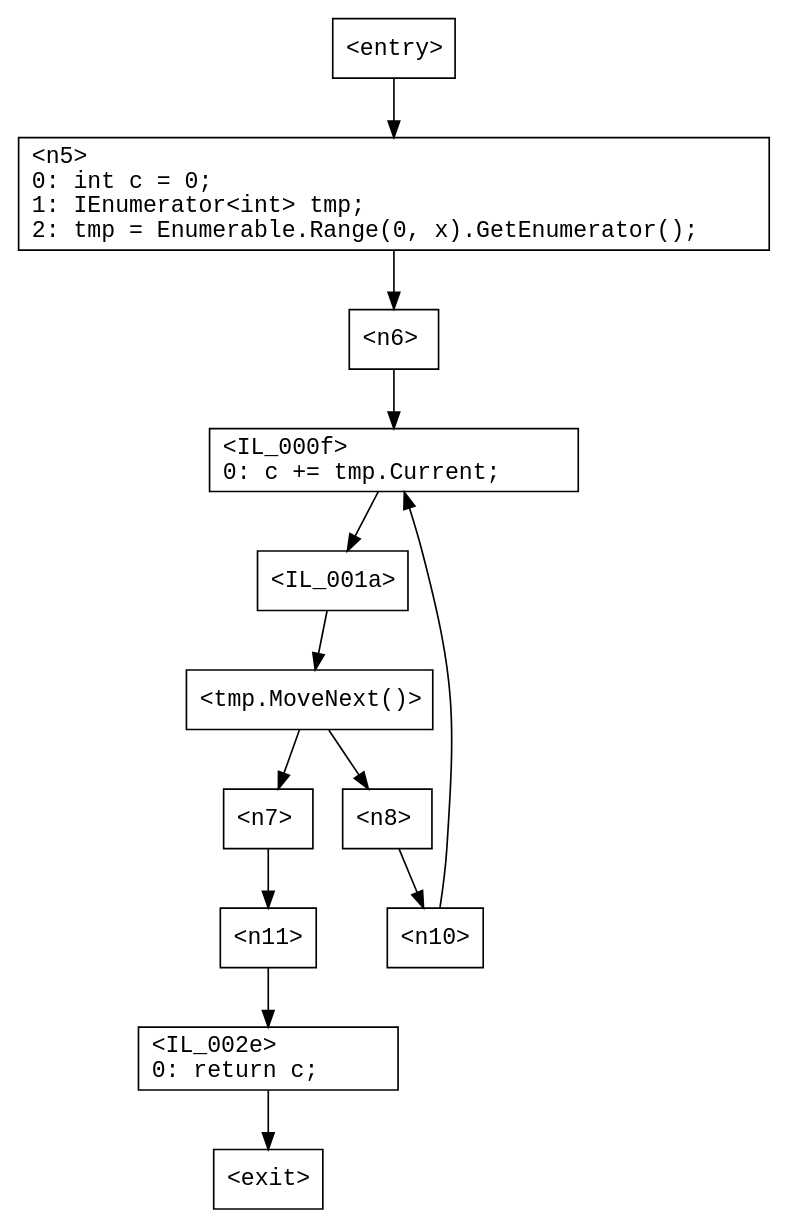
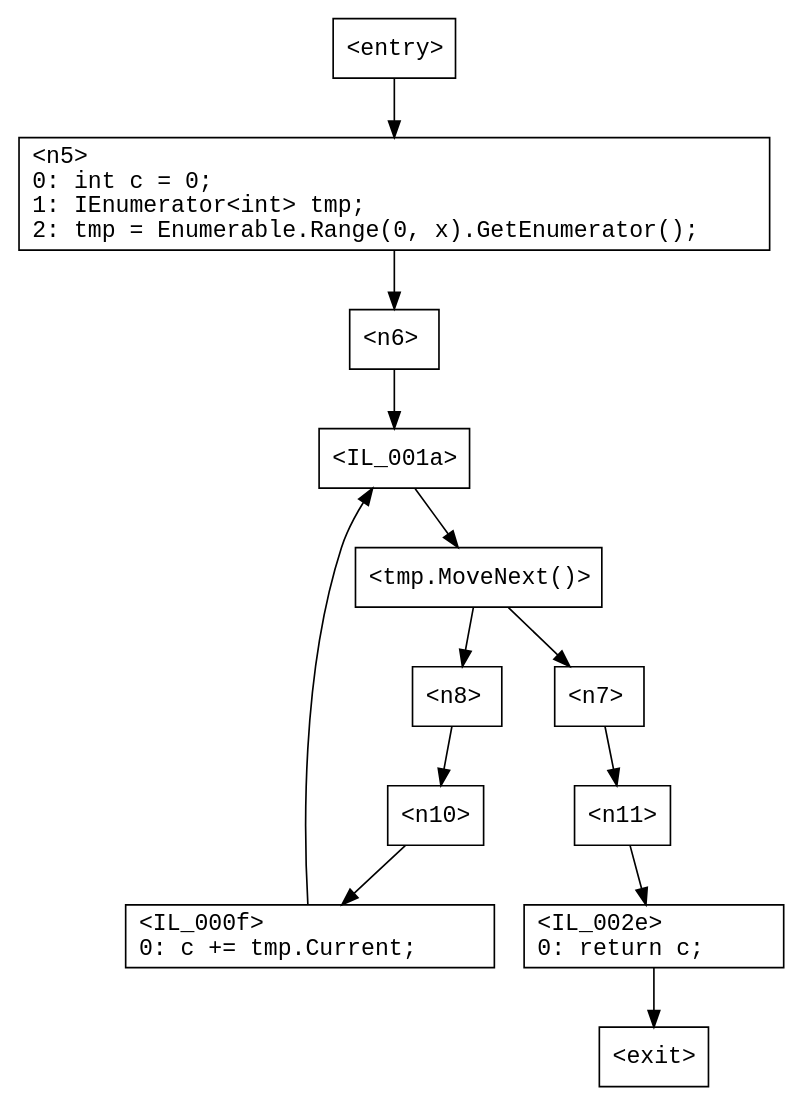
Before and after one commit to ashalkhakov/Tarp: the diagram in TarpTests/Cfg/Data/TestGotoForward.gv, drawn with Graphviz. The commit also changed 3 other files, not shown here.

```diff
--- a/TarpTests/Cfg/Data/TestGotoForward.gv
+++ b/TarpTests/Cfg/Data/TestGotoForward.gv
@@ -1,51 +1,51 @@
 digraph G
 {
     n0 [ shape = "box"
              fontname = "Monospace"
              label = "<entry>\l" ];
       n0 -> n5;
     n1 [ shape = "box"
              fontname = "Monospace"
              label = "<exit>\l" ];
     n2 [ shape = "box"
              fontname = "Monospace"
              label = "<IL_000f>\l0:	c += tmp.Current;\l" ];
       n2 -> n3;
     n3 [ shape = "box"
              fontname = "Monospace"
              label = "<IL_001a>\l" ];
       n3 -> n9;
     n4 [ shape = "box"
              fontname = "Monospace"
              label = "<IL_002e>\l0:	return c;\l" ];
       n4 -> n1;
     n5 [ shape = "box"
              fontname = "Monospace"
              label = "<n5>\l0:	int c = 0;\l1:	IEnumerator<int> tmp;\l2:	tmp = Enumerable.Range(0, x).GetEnumerator();\l" ];
       n5 -> n6;
     n6 [ shape = "box"
              fontname = "Monospace"
              label = "<n6>\l" ];
-      n6 -> n2;
+      n6 -> n3;
     n7 [ shape = "box"
              fontname = "Monospace"
              label = "<n7>\l" ];
       n7 -> n11;
     n8 [ shape = "box"
              fontname = "Monospace"
              label = "<n8>\l" ];
       n8 -> n10;
     n9 [ shape = "box"
              fontname = "Monospace"
              label = "<tmp.MoveNext()>\l" ];
       n9 -> n8;
       n9 -> n7;
     n10 [ shape = "box"
              fontname = "Monospace"
              label = "<n10>\l" ];
       n10 -> n2;
     n11 [ shape = "box"
              fontname = "Monospace"
              label = "<n11>\l" ];
       n11 -> n4;
 }
```
